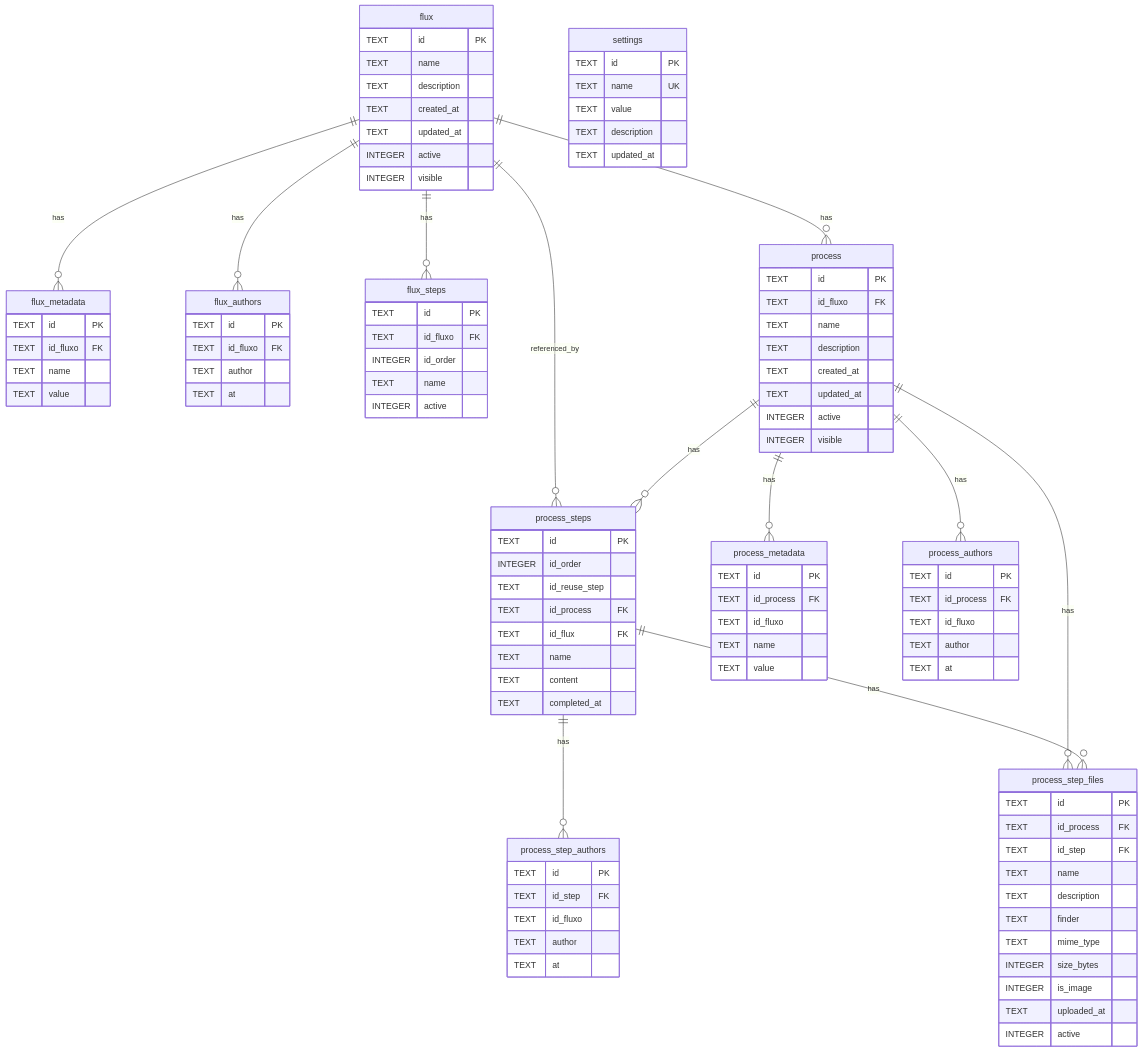
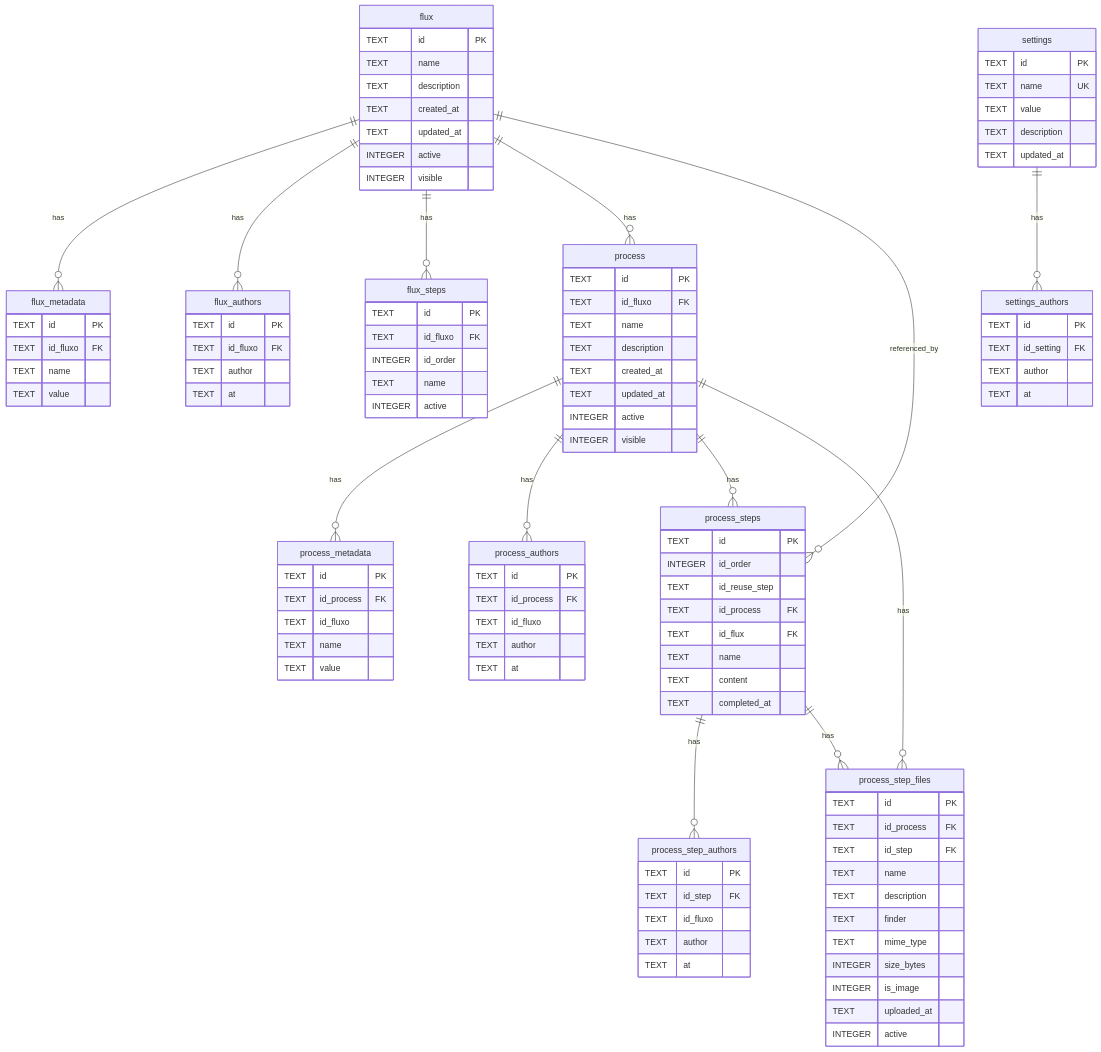
The first of 4 diagrams in schema.md (frkr/flower-audit), drawn with Mermaid before and after one commit. The commit also changed other lines of this file and 3 other files, not shown here.

First line of the commit message:
feat: add settings_authors audit trail following flux_authors pattern

````diff
--- a/schema.md
+++ b/schema.md
@@ -21,6 +21,8 @@
 
     process_steps ||--o{ process_step_authors : has
     process_steps ||--o{ process_step_files   : has
+
+    settings ||--o{ settings_authors : has
 
     flux {
         TEXT    id PK
@@ -113,4 +115,10 @@
         TEXT description
         TEXT updated_at
     }
+    settings_authors {
+        TEXT id PK
+        TEXT id_setting FK
+        TEXT author
+        TEXT at
+    }
 ```
````
